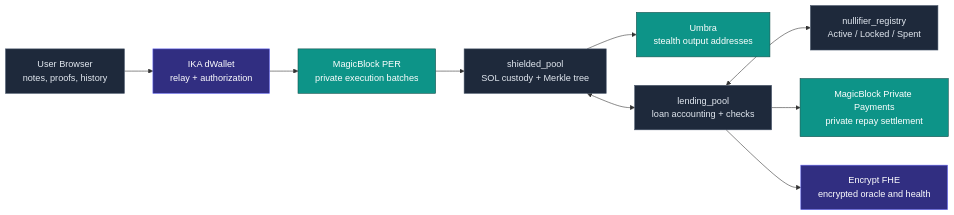
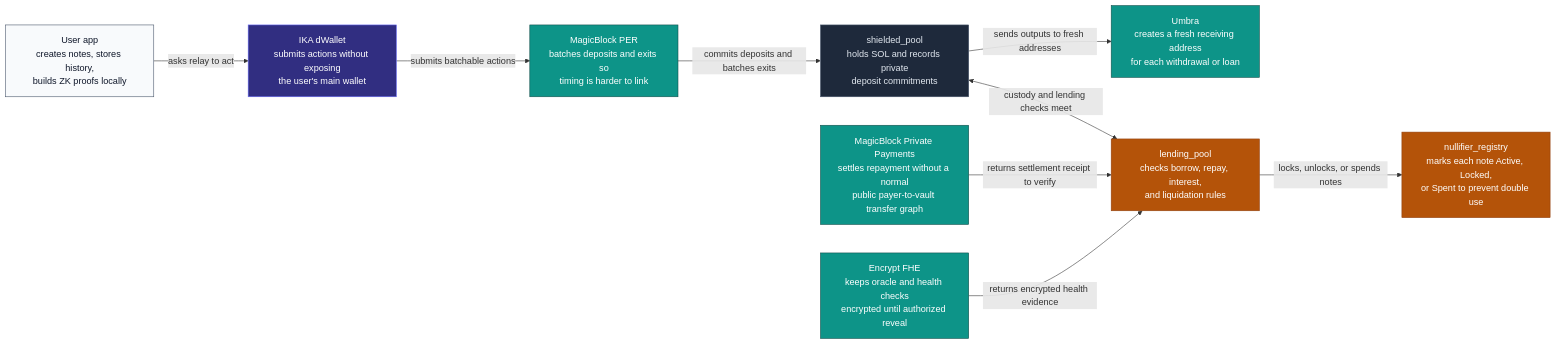
Before and after one commit to cryptosingheth/shieldlend: the first of 8 diagrams in docs/VISUAL_FLOWS.md, drawn with Mermaid. The commit also changed other lines of this file and 9 other files, not shown here.

Commit message:
docs: consolidate solana architecture docs

````diff
--- a/docs/VISUAL_FLOWS.md
+++ b/docs/VISUAL_FLOWS.md
@@ -9,25 +17,27 @@
 ```mermaid
 flowchart LR
+    classDef user fill:#f8fafc,stroke:#475569,color:#0f172a
+    classDef shield fill:#1e293b,stroke:#475569,color:#e2e8f0
     classDef privacy fill:#0d9488,stroke:#134e4a,color:#fff
-    classDef program fill:#1e293b,stroke:#475569,color:#e2e8f0
-    classDef external fill:#312e81,stroke:#6366f1,color:#fff
+    classDef auth fill:#312e81,stroke:#6366f1,color:#fff
+    classDef safety fill:#b45309,stroke:#92400e,color:#fff
 
-    User["User Browser\nnotes, proofs, history"]:::program
-    IKA["IKA dWallet\nrelay + authorization"]:::external
-    PER["MagicBlock PER\nprivate execution batches"]:::privacy
-    Pay["MagicBlock Private Payments\nprivate repay settlement"]:::privacy
-    Umbra["Umbra\nstealth output addresses"]:::privacy
-    Encrypt["Encrypt FHE\nencrypted oracle and health"]:::external
-    SP["shielded_pool\nSOL custody + Merkle tree"]:::program
-    LP["lending_pool\nloan accounting + checks"]:::program
-    NR["nullifier_registry\nActive / Locked / Spent"]:::program
+    User["User app<br/>creates notes, stores history,<br/>builds ZK proofs locally"]:::user
+    IKA["IKA dWallet<br/>submits actions without exposing<br/>the user's main wallet"]:::auth
+    PER["MagicBlock PER<br/>batches deposits and exits so<br/>timing is harder to link"]:::privacy
+    Pay["MagicBlock Private Payments<br/>settles repayment without a normal<br/>public payer-to-vault transfer graph"]:::privacy
+    Umbra["Umbra<br/>creates a fresh receiving address<br/>for each withdrawal or loan"]:::privacy
+    Encrypt["Encrypt FHE<br/>keeps oracle and health checks<br/>encrypted until authorized reveal"]:::privacy
+    SP["shielded_pool<br/>holds SOL and records private<br/>deposit commitments"]:::shield
+    LP["lending_pool<br/>checks borrow, repay, interest,<br/>and liquidation rules"]:::safety
+    NR["nullifier_registry<br/>marks each note Active, Locked,<br/>or Spent to prevent double use"]:::safety
 
-    User --> IKA
-    IKA --> PER
-    PER --> SP
-    SP <--> LP
-    LP <--> NR
-    LP --> Pay
-    LP --> Encrypt
-    SP --> Umbra
+    User -->|"asks relay to act"| IKA
+    IKA -->|"submits batchable actions"| PER
+    PER -->|"commits deposits and batches exits"| SP
+    SP <-->|"custody and lending checks meet"| LP
+    LP -->|"locks, unlocks, or spends notes"| NR
+    Pay -->|"returns settlement receipt to verify"| LP
+    Encrypt -->|"returns encrypted health evidence"| LP
+    SP -->|"sends outputs to fresh addresses"| Umbra
 ```
````
